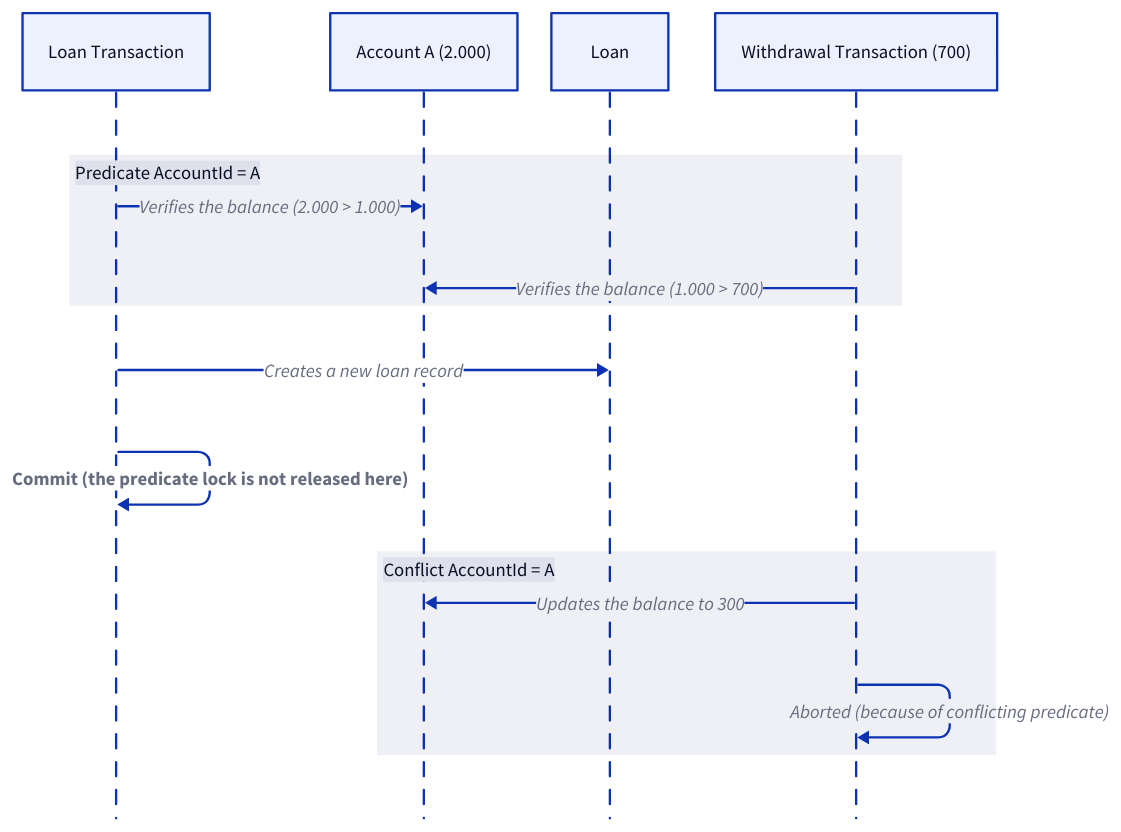
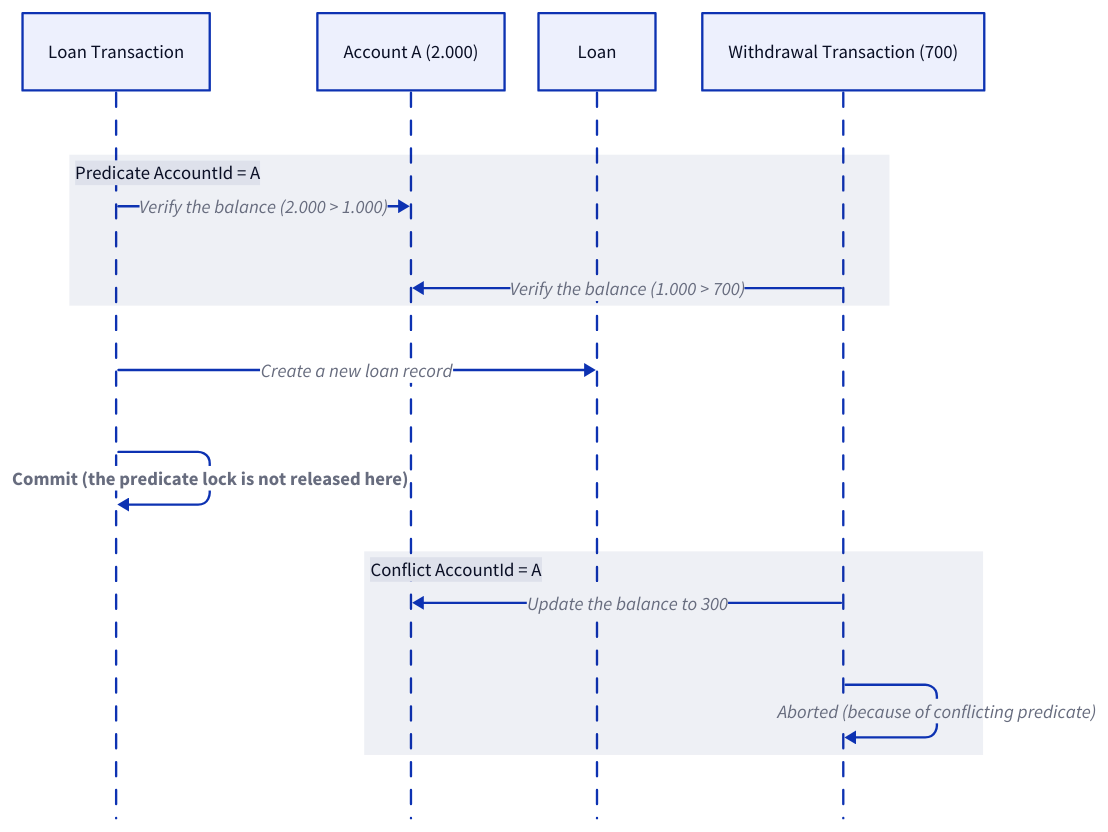
Before and after one commit to link1905/system-design-101: diagram 23 of 23 in content/data-persistence/sql-database/concurrency-control.md, drawn with D2. The commit also changed other lines of this file and 13 other files, not shown here.

````diff
--- a/content/data-persistence/sql-database/concurrency-control.md
+++ b/content/data-persistence/sql-database/concurrency-control.md
@@ -957,22 +881,21 @@
 ```d2
-
 shape: sequence_diagram
 t: Loan Transaction
 a: Account A (2.000)
 l: Loan
 t1: "Withdrawal Transaction (700)"
 "Predicate AccountId = A" {
-   t -> a: "Verifies the balance (2.000 > 1.000)"
-   t1 -> a: "Verifies the balance (1.000 > 700)"
+   t -> a: "Verify the balance (2.000 > 1.000)"
+   t1 -> a: "Verify the balance (1.000 > 700)"
 }
-t -> l: Creates a new loan record
+t -> l: Create a new loan record
 t -> t: Commit (the predicate lock is not released here) {
   style.bold: true
 }
 "Conflict AccountId = A" {
-   t1 -> a: "Updates the balance to 300"
+   t1 -> a: "Update the balance to 300"
    t1 -> t1: Aborted (because of conflicting predicate) {
       class: error-conn
    }
 }
 ```
````
